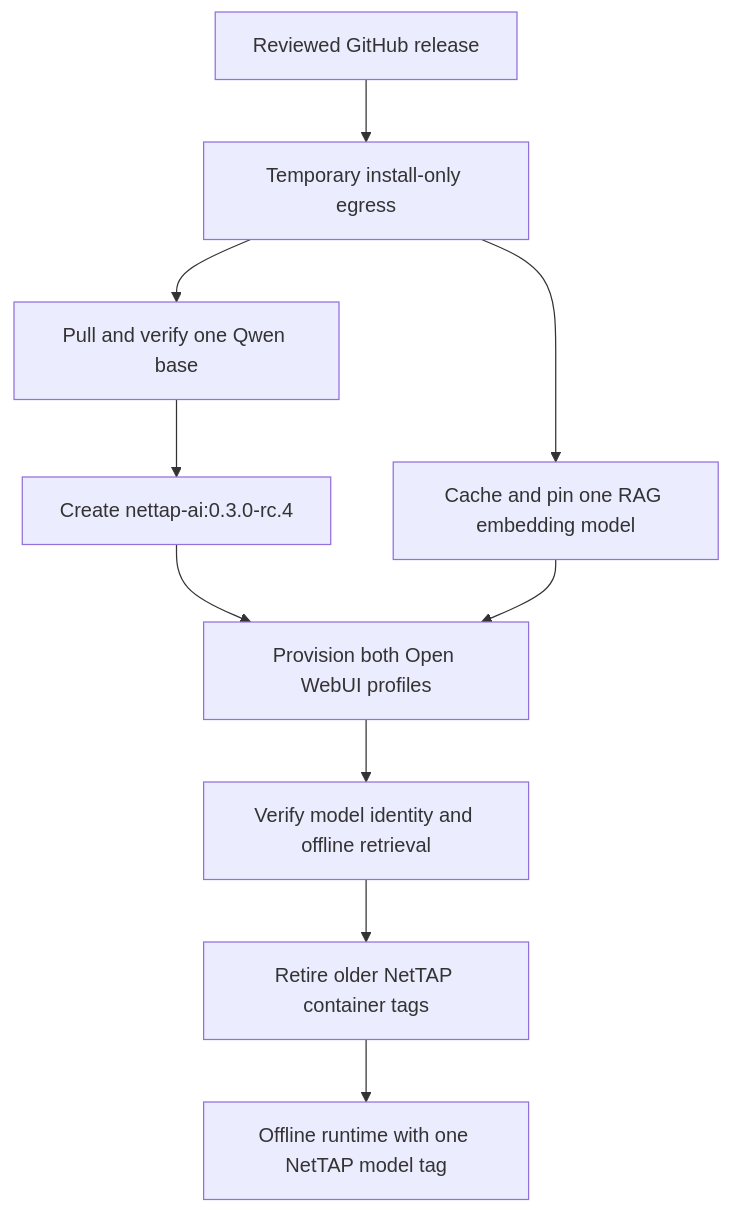
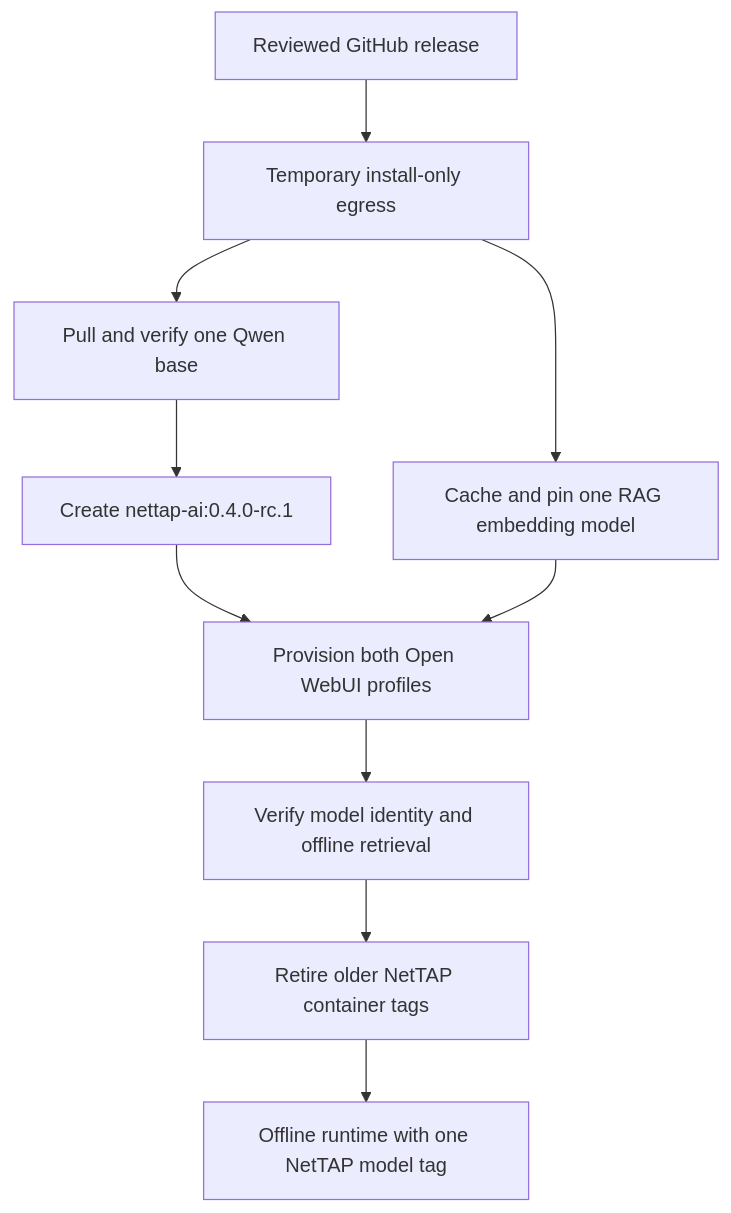
The second of 2 diagrams in docs/ARCHITECTURE.md (mpdwyer2367/nettap-packet-expert), drawn with Mermaid before and after one commit. The commit also changed other lines of this file and 57 other files, not shown here.

````diff
--- a/docs/ARCHITECTURE.md
+++ b/docs/ARCHITECTURE.md
@@ -32,12 +32,12 @@
 ```mermaid
 flowchart TB
     G["Reviewed GitHub release"] --> T["Temporary install-only egress"]
     T --> Q["Pull and verify one Qwen base"]
     T --> R["Cache and pin one RAG embedding model"]
-    Q --> C["Create nettap-ai:0.3.0-rc.4"]
+    Q --> C["Create nettap-ai:0.4.0-rc.1"]
     C --> P["Provision both Open WebUI profiles"]
     R --> P
     P --> V["Verify model identity and offline retrieval"]
     V --> X["Retire older NetTAP container tags"]
     X --> F["Offline runtime with one NetTAP model tag"]
 ```
````
